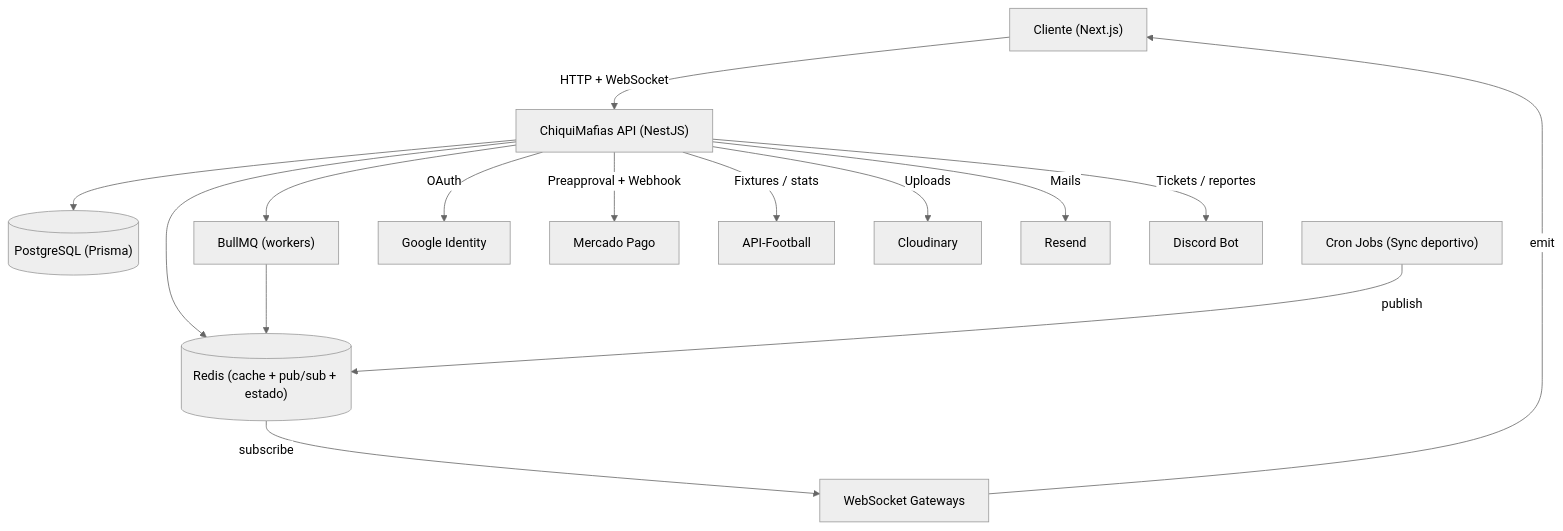
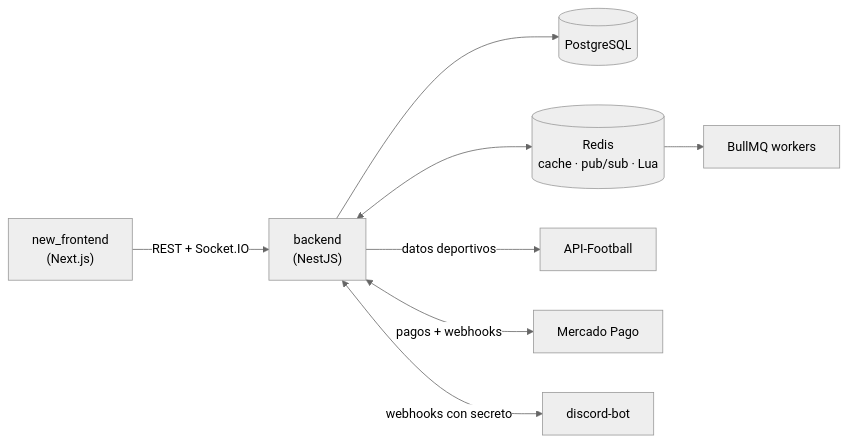
The diagram in README.md (TorricoFranco/ChiquiMafias), drawn with Mermaid (neutral theme) before and after one commit. The commit also changed other lines of this file and 20 other files, not shown here.

First line of the commit message:
docs(repo): rewrite public README and add architecture and setup guides

````diff
--- a/README.md
+++ b/README.md
@@ -57,17 +71,10 @@
-```mermaid  
-flowchart TB  
-    Client["Cliente (Next.js)"] -->|"HTTP + WebSocket"| API["ChiquiMafias API (NestJS)"]  
-    API --> PG[("PostgreSQL (Prisma)")]  
-    API --> Redis[("Redis (cache + pub/sub + estado)")]  
-    API --> Bull["BullMQ (workers)"]  
-    Bull --> Redis  
-    Cron["Cron Jobs (Sync deportivo)"] -->|"publish"| Redis  
-    Redis -->|"subscribe"| Gateways["WebSocket Gateways"]  
-    Gateways -->|"emit"| Client  
-    API -->|"OAuth"| Google["Google Identity"]  
-    API -->|"Preapproval + Webhook"| MP["Mercado Pago"]  
-    API -->|"Fixtures / stats"| Football["API-Football"]  
-    API -->|"Uploads"| Cloud["Cloudinary"]  
-    API -->|"Mails"| Resend["Resend"]  
-    API -->|"Tickets / reportes"| Discord["Discord Bot"]  
-```  
+```mermaid
+flowchart LR
+    Front["new_frontend<br/>(Next.js)"] -->|"REST + Socket.IO"| API["backend<br/>(NestJS)"]
+    API --> PG[("PostgreSQL")]
+    API <--> Redis[("Redis<br/>cache · pub/sub · Lua")]
+    Redis --> Workers["BullMQ workers"]
+    API -->|"datos deportivos"| Football["API-Football"]
+    API <-->|"pagos + webhooks"| MP["Mercado Pago"]
+    API <-->|"webhooks con secreto"| Bot["discord-bot"]
+```
````
